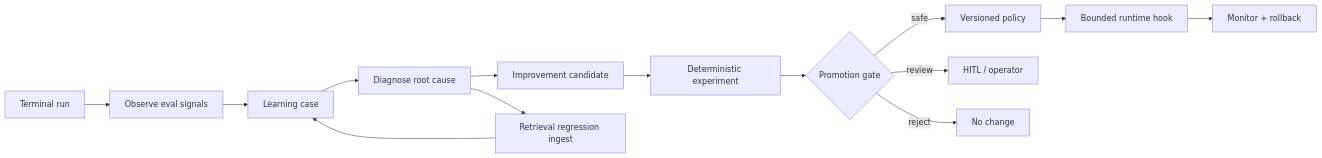
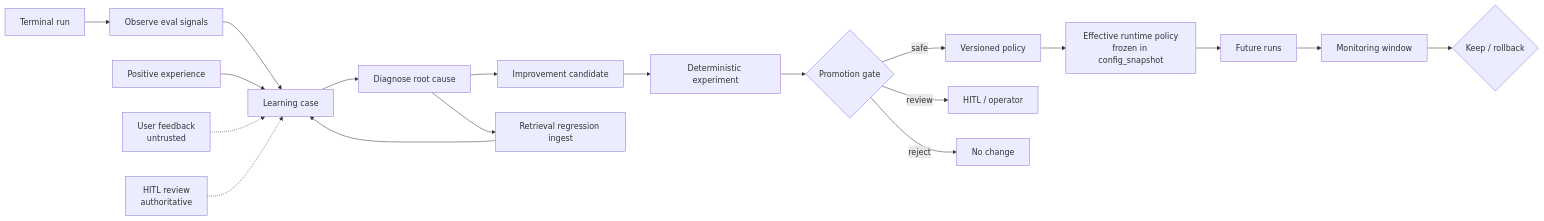
The third of 3 diagrams in docs/evaluations.md (AIEngineer0923/DeepScout), drawn with Mermaid before and after one commit. The commit also changed other lines of this file and 17 other files, not shown here.

````diff
--- a/docs/evaluations.md
+++ b/docs/evaluations.md
@@ -203,16 +203,21 @@
 ```mermaid
 flowchart LR
   A[Terminal run] --> B[Observe eval signals]
   B --> C[Learning case]
+  PE[Positive experience] --> C
+  UF[User feedback<br/>untrusted] -.-> C
+  HITL[HITL review<br/>authoritative] -.-> C
   C --> D[Diagnose root cause]
   D --> E[Improvement candidate]
   E --> F[Deterministic experiment]
   F --> G{Promotion gate}
   G -->|safe| H[Versioned policy]
   G -->|review| I[HITL / operator]
   G -->|reject| J[No change]
-  H --> K[Bounded runtime hook]
-  K --> L[Monitor + rollback]
-  D --> M[Retrieval regression ingest]
-  M --> C
+  H --> ERP[Effective runtime policy<br/>frozen in config_snapshot]
+  ERP --> K[Future runs]
+  K --> M[Monitoring window]
+  M --> N{Keep / rollback}
+  D --> RF[Retrieval regression ingest]
+  RF --> C
 ```
````
